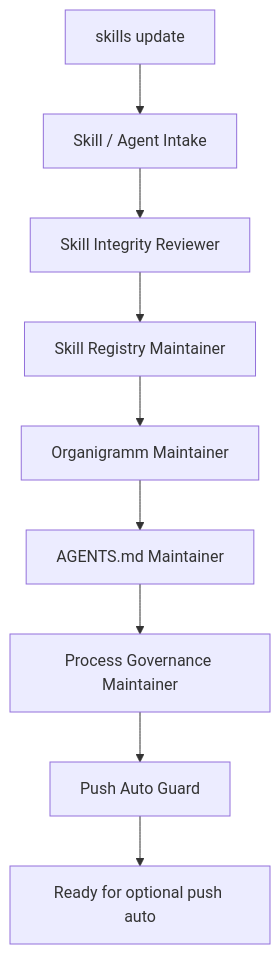
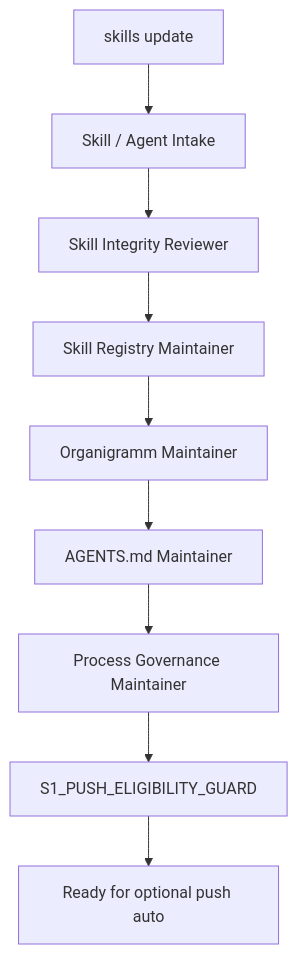
Before and after one commit to MatthiasBurger-Coder/forensic_analytics: the first of 3 diagrams in docs/arc42/06-runtime-view.md, drawn with Mermaid. The commit also changed 14 other files, not shown here.

````diff
--- a/docs/arc42/06-runtime-view.md
+++ b/docs/arc42/06-runtime-view.md
@@ -134,14 +134,14 @@
 ```mermaid
 flowchart TD
   Start["skills update"]
   Intake["Skill / Agent Intake"]
   Integrity["Skill Integrity Reviewer"]
   Registry["Skill Registry Maintainer"]
   Org["Organigramm Maintainer"]
   Agents["AGENTS.md Maintainer"]
   Process["Process Governance Maintainer"]
-  Guard["Push Auto Guard"]
+  Guard["S1_PUSH_ELIGIBILITY_GUARD"]
   Ready["Ready for optional push auto"]
 
   Start --> Intake --> Integrity --> Registry --> Org --> Agents --> Process --> Guard --> Ready
 ```
````
